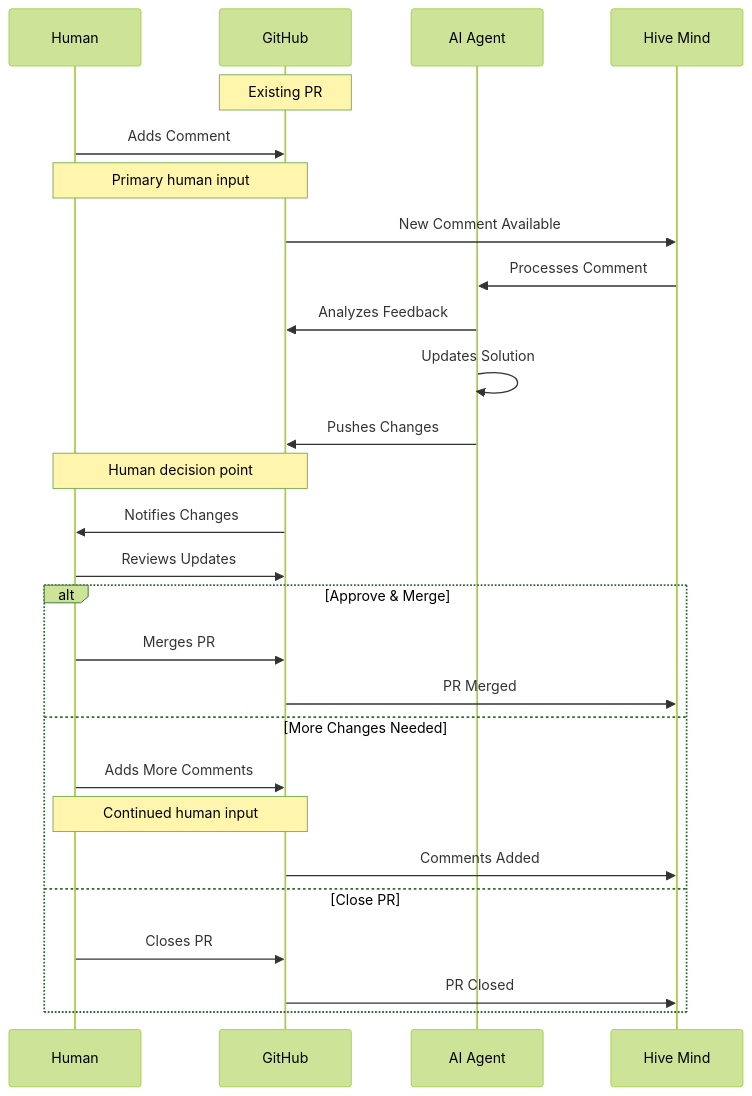
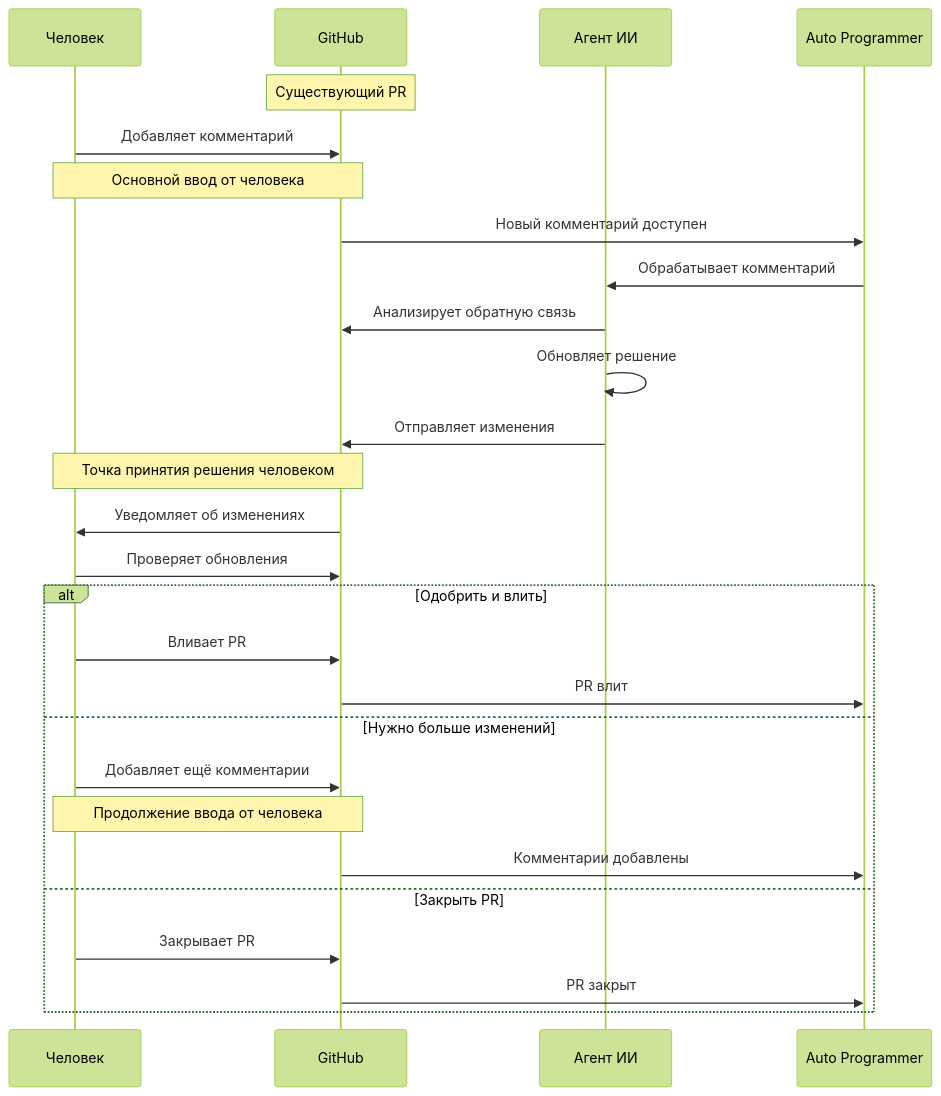
Before and after one commit to PeterMotorniy/auto-programmer: the second of 2 diagrams in README.md, drawn with Mermaid (forest theme). The commit also changed other lines of this file and 3556 other files, not shown here.

````diff
--- a/README.md
+++ b/README.md
@@ -691,33 +658,33 @@
 ```mermaid
 sequenceDiagram
-    participant H as Human
+    participant H as Человек
     participant GH as GitHub
-    participant AI as AI Agent
-    participant HM as Hive Mind
+    participant AI as Агент ИИ
+    participant HM as Auto Programmer
 
-    Note over GH: Existing PR
-    H->>GH: Adds Comment
-    Note over H,GH: Primary human input
+    Note over GH: Существующий PR
+    H->>GH: Добавляет комментарий
+    Note over H,GH: Основной ввод от человека
 
-    GH->>HM: New Comment Available
-    HM->>AI: Processes Comment
-    AI->>GH: Analyzes Feedback
-    AI->>AI: Updates Solution
-    AI->>GH: Pushes Changes
+    GH->>HM: Новый комментарий доступен
+    HM->>AI: Обрабатывает комментарий
+    AI->>GH: Анализирует обратную связь
+    AI->>AI: Обновляет решение
+    AI->>GH: Отправляет изменения
 
-    Note over H,GH: Human decision point
-    GH->>H: Notifies Changes
-    H->>GH: Reviews Updates
+    Note over H,GH: Точка принятия решения человеком
+    GH->>H: Уведомляет об изменениях
+    H->>GH: Проверяет обновления
 
-    alt Approve & Merge
-        H->>GH: Merges PR
-        GH->>HM: PR Merged
-    else More Changes Needed
-        H->>GH: Adds More Comments
-        Note over H,GH: Continued human input
-        GH->>HM: Comments Added
-    else Close PR
-        H->>GH: Closes PR
-        GH->>HM: PR Closed
+    alt Одобрить и влить
+        H->>GH: Вливает PR
+        GH->>HM: PR влит
+    else Нужно больше изменений
+        H->>GH: Добавляет ещё комментарии
+        Note over H,GH: Продолжение ввода от человека
+        GH->>HM: Комментарии добавлены
+    else Закрыть PR
+        H->>GH: Закрывает PR
+        GH->>HM: PR закрыт
     end
 ```
````
